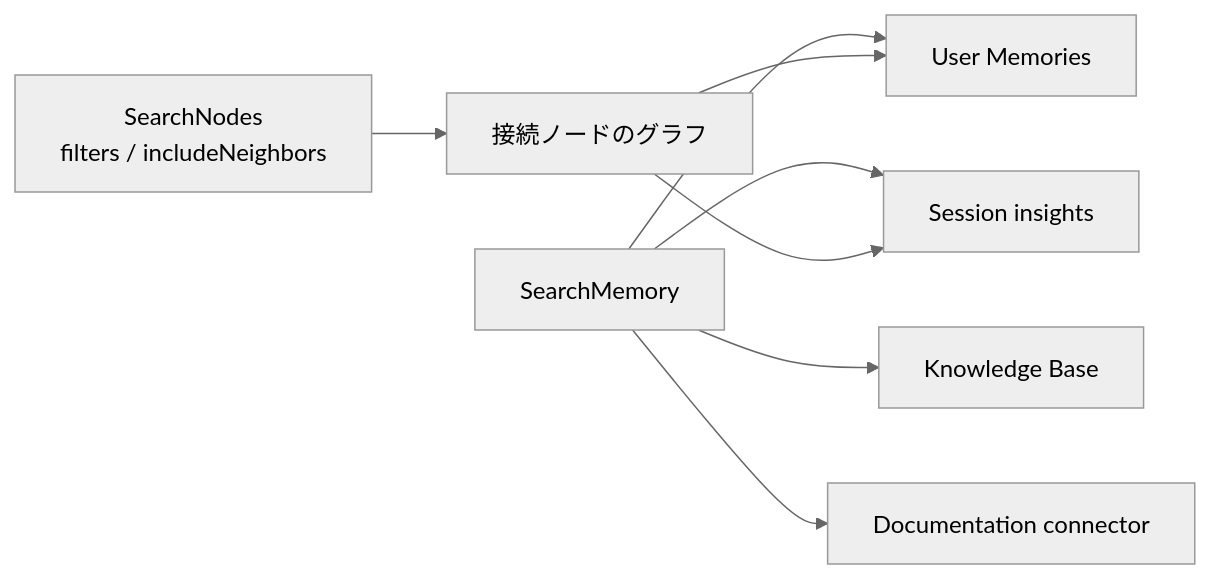
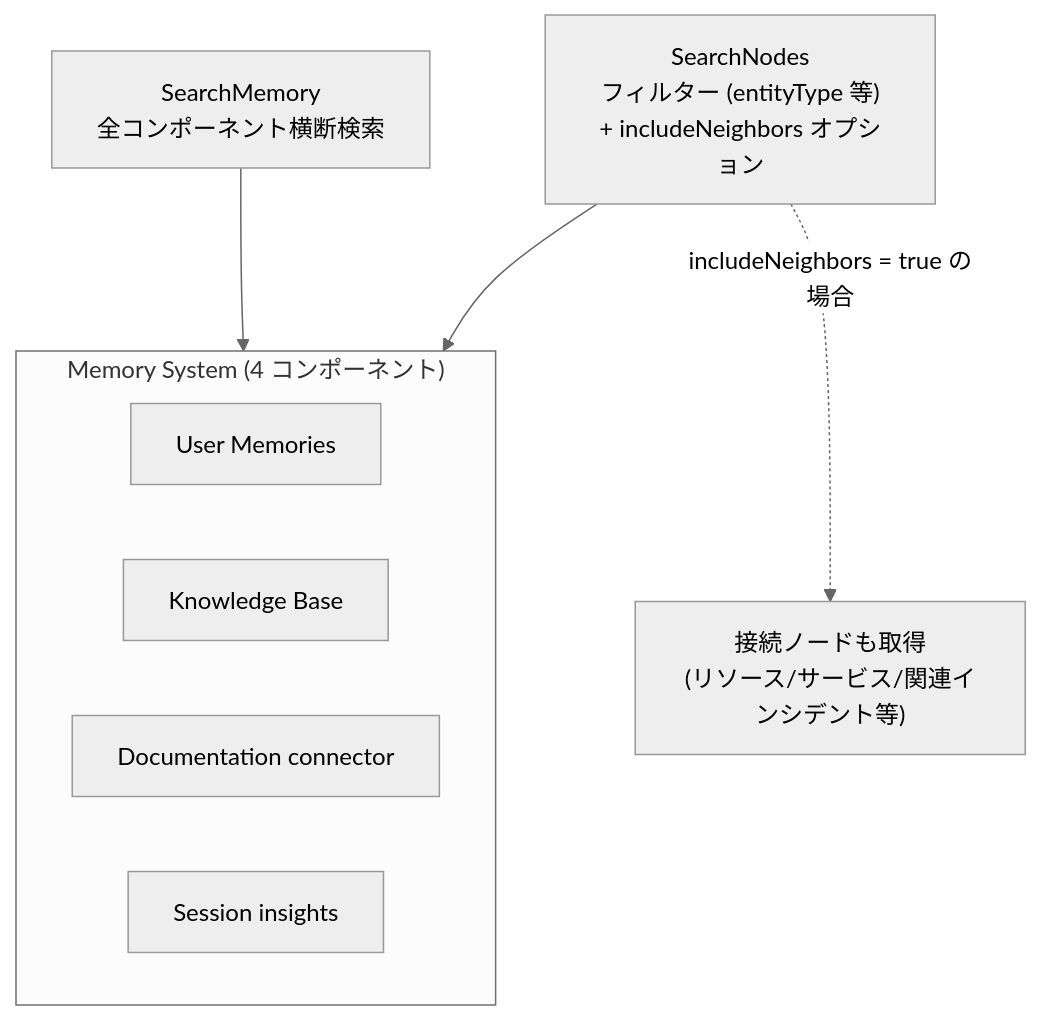
Before and after one commit to TakumiSeo/Tech-BLOG: the tenth of 15 diagrams in content/posts/ja-jp/sre-agent-planning.md, drawn with Mermaid (neutral theme). The commit also changed other lines of this file and 2 other files, not shown here.

Commit message:
SearchNodes

````diff
--- a/content/posts/ja-jp/sre-agent-planning.md
+++ b/content/posts/ja-jp/sre-agent-planning.md
@@ -635,11 +635,14 @@
 ```mermaid
-flowchart LR
-  SM["SearchMemory"] --> UM["User Memories"]
-  SM --> KB["Knowledge Base"]
-  SM --> DC["Documentation connector"]
-  SM --> SI["Session insights"]
-
-  SN["SearchNodes\nfilters / includeNeighbors"] --> Graph["接続ノードのグラフ"]
-  Graph --> UM
-  Graph --> SI
+flowchart TD
+  subgraph MS["Memory System (4 コンポーネント)"]
+    UM["User Memories"]
+    KB["Knowledge Base"]
+    DC["Documentation connector"]
+    SI["Session insights"]
+  end
+  
+  SM["SearchMemory\n全コンポーネント横断検索"] --> MS
+  
+  SN["SearchNodes\nフィルター (entityType 等)\n+ includeNeighbors オプション"] --> MS
+  SN -.->|includeNeighbors = true の場合| Neighbors["接続ノードも取得\n(リソース/サービス/関連インシデント等)"]
 ```
````
